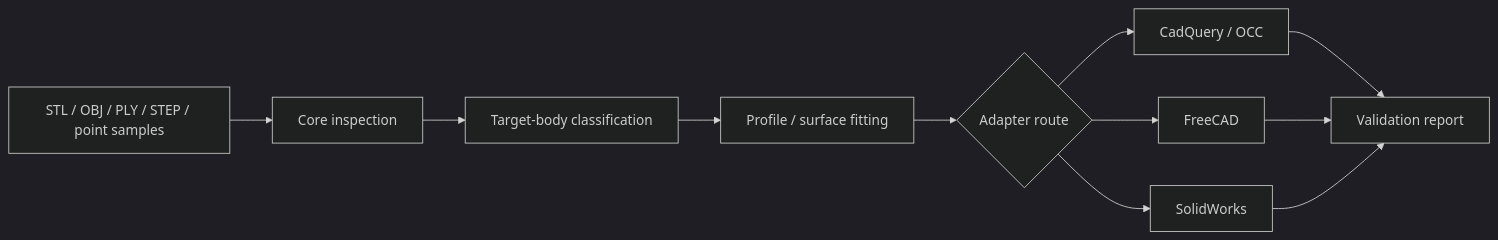
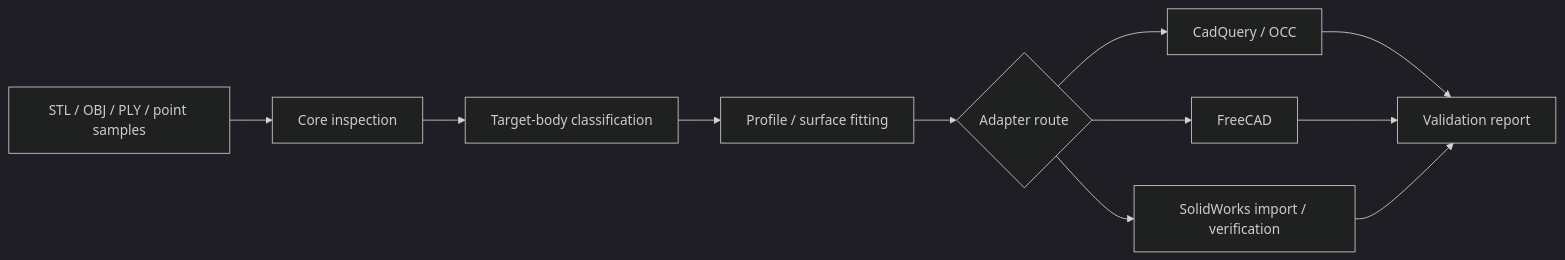
Before and after one commit to 18871379330/curved-surface-reconstruction: the diagram in README.md, drawn with Mermaid (dark theme). The commit also changed other lines of this file, not shown here.

````diff
--- a/README.md
+++ b/README.md
@@ -60,13 +61,13 @@
 ```mermaid
 graph LR
-  A[STL / OBJ / PLY / STEP / point samples] --> B[Core inspection]
+  A[STL / OBJ / PLY / point samples] --> B[Core inspection]
   B --> C[Target-body classification]
   C --> D[Profile / surface fitting]
   D --> E{Adapter route}
   E --> F[CadQuery / OCC]
   E --> G[FreeCAD]
-  E --> H[SolidWorks]
+  E --> H[SolidWorks import / verification]
   F --> I[Validation report]
   G --> I
   H --> I
 ```
````
